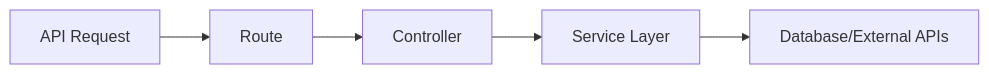
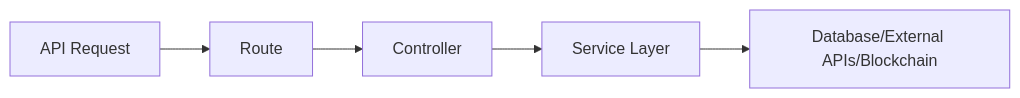
Before and after one commit to SAGE-OF-SIX-PATHS/URGENT-2KAY---Directed-Bill-Payment-System: the diagram in README.md, drawn with Mermaid. The commit also changed other lines of this file, not shown here.

````diff
--- a/README.md
+++ b/README.md
@@ -28,7 +29,7 @@
    ```mermaid
    graph LR
    A[API Request] --> B[Route]
    B --> C[Controller]
    C --> D[Service Layer]
-   D --> E[Database/External APIs]
+   D --> E[Database/External APIs/Blockchain]
    ```
````
